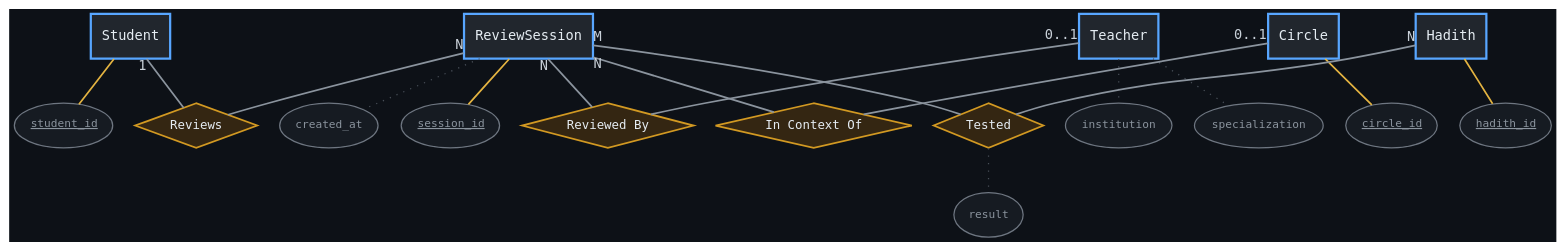
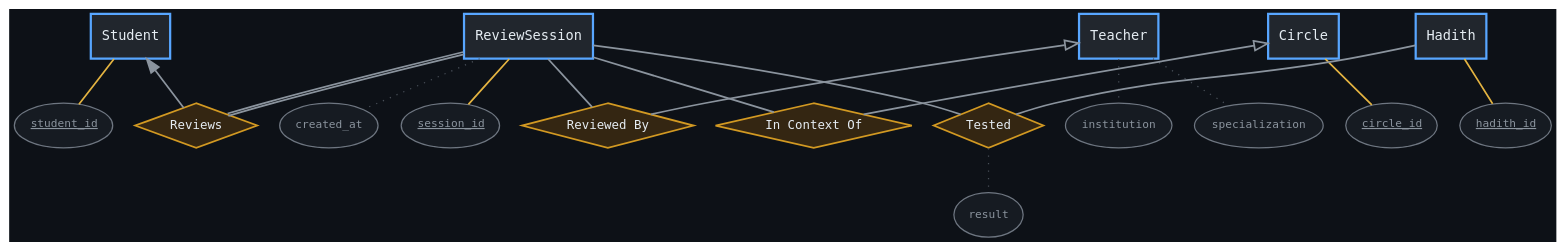
The diagram in docs/erd/chen/reviews.dot (Kamrulhasan12345/ilham), drawn with Graphviz before and after one commit. The commit also changed 55 other files, not shown here.

```diff
--- a/docs/erd/chen/reviews.dot
+++ b/docs/erd/chen/reviews.dot
@@ -1,55 +1,59 @@
-graph ERD_Reviews {
+digraph ERD_Reviews {
     bgcolor="#0D1117";
     splines=spline;
     overlap=prism;
     sep="+8";
     esep="+4";
     K=1.1;
     graph [fontname="DejaVu Sans Mono", fontcolor="#C9D1D9"];
     node [fontname="DejaVu Sans Mono", fontsize=11];
-    edge [fontname="DejaVu Sans Mono", fontsize=9, color="#8B949E", fontcolor="#C9D1D9"];
+    // Cardinality is carried by arrowheads, not 1/N labels. The arrow points at
+    // the "one" side: filled = exactly one, hollow = at most one, none = many.
+    // Written `Entity -> Relationship`, so the head lands on the tail (dir=back).
+    // dir=none is the graph-level default -- attribute and ISA edges stay plain.
+    edge [fontname="DejaVu Sans Mono", fontsize=9, color="#8B949E", fontcolor="#C9D1D9", dir=none, arrowsize=1.1];
 
     // Entity boxes
     node [shape=box, style="filled,bold", penwidth=1.8, fillcolor="#21262D", color="#58A6FF", fontcolor="#E6EDF3"];
     Student; Teacher; Circle; Hadith; ReviewSession;
 
     // Relationship diamonds
     node [shape=diamond, style=filled, fillcolor="#342612", color="#D29922", penwidth=1.4, fontsize=10, fontcolor="#E6EDF3"];
     Reviews     [label="Reviews"];
     ReviewedBy  [label="Reviewed By"];
     InContextOf [label="In Context Of"];
     Tested      [label="Tested"];
 
     // Attribute ellipses
     node [shape=ellipse, style="filled", fillcolor="#161B22", color="#6E7681", penwidth=1, fontsize=9, fontcolor="#8B949E"];
     student_id [label=<<U>student_id</U>>];
     t_inst [label="institution"];
     t_spec [label="specialization"];
     circle_id [label=<<U>circle_id</U>>];
     hadith_id [label=<<U>hadith_id</U>>];
     session_id [label=<<U>session_id</U>>];
     rs_created [label="created_at"];
     result_attr [label="result"];
 
     // PK edges
     edge [color="#484F58", style=dotted];
-    Student -- student_id [color="#E3B341", style=solid, penwidth=1.4];
-    Teacher -- t_inst;
-    Teacher -- t_spec;
-    Circle -- circle_id [color="#E3B341", style=solid, penwidth=1.4];
-    Hadith -- hadith_id [color="#E3B341", style=solid, penwidth=1.4];
-    ReviewSession -- session_id [color="#E3B341", style=solid, penwidth=1.4];
-    ReviewSession -- rs_created;
-    Tested -- result_attr;
+    Student -> student_id [color="#E3B341", style=solid, penwidth=1.4];
+    Teacher -> t_inst;
+    Teacher -> t_spec;
+    Circle -> circle_id [color="#E3B341", style=solid, penwidth=1.4];
+    Hadith -> hadith_id [color="#E3B341", style=solid, penwidth=1.4];
+    ReviewSession -> session_id [color="#E3B341", style=solid, penwidth=1.4];
+    ReviewSession -> rs_created;
+    Tested -> result_attr;
 
     // Relationships
     edge [color="#8B949E", style=solid, fontsize=11, fontcolor="#C9D1D9", penwidth=1.4];
-    ReviewSession -- Reviews [taillabel="N"];
-    Student       -- Reviews [taillabel="1"];
-    ReviewSession -- ReviewedBy [taillabel="N"];
-    Teacher       -- ReviewedBy [taillabel="0..1"];   // reviewer_id NULL = self-study
-    ReviewSession -- InContextOf [taillabel="N"];
-    Circle        -- InContextOf [taillabel="0..1"];  // circle_id nullable
-    ReviewSession -- Tested [taillabel="M"];
-    Hadith        -- Tested [taillabel="N"];
+    ReviewSession -> Reviews [color="#8B949E:#8B949E"];
+    Student       -> Reviews [dir=back, arrowtail=normal];
+    ReviewSession -> ReviewedBy;
+    Teacher       -> ReviewedBy [dir=back, arrowtail=onormal];   // reviewer_id NULL = self-study
+    ReviewSession -> InContextOf;
+    Circle        -> InContextOf [dir=back, arrowtail=onormal];  // circle_id nullable
+    ReviewSession -> Tested;
+    Hadith        -> Tested;
 }
```
